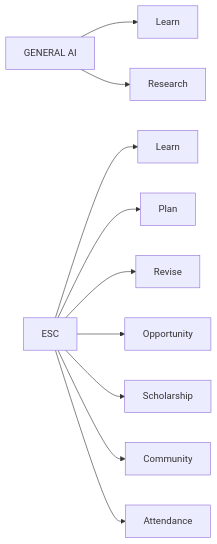
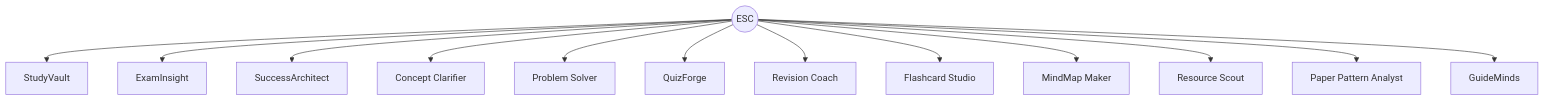
The sixth of 17 diagrams in README.md (mahik2007/hackathon), drawn with Mermaid before and after one commit. The commit also changed other lines of this file, not shown here.

First line of the commit message:
Revise README structure and enhance diagrams

````diff
--- a/README.md
+++ b/README.md
@@ -98,12 +105,16 @@
 ```mermaid
-flowchart LR
-G[GENERAL AI] --> L[Learn]
-G --> R[Research]
-E[ESC] --> L2[Learn]
-E --> P[Plan]
-E --> V[Revise]
-E --> O[Opportunity]
-E --> S[Scholarship]
-E --> C[Community]
-E --> A[Attendance]
+flowchart TB
+    E((ESC))
+    E --> A1[StudyVault]
+    E --> A2[ExamInsight]
+    E --> A3[SuccessArchitect]
+    E --> A4[Concept Clarifier]
+    E --> A5[Problem Solver]
+    E --> A6[QuizForge]
+    E --> A7[Revision Coach]
+    E --> A8[Flashcard Studio]
+    E --> A9[MindMap Maker]
+    E --> A10[Resource Scout]
+    E --> A11[Paper Pattern Analyst]
+    E --> A12[GuideMinds]
 ```
````
